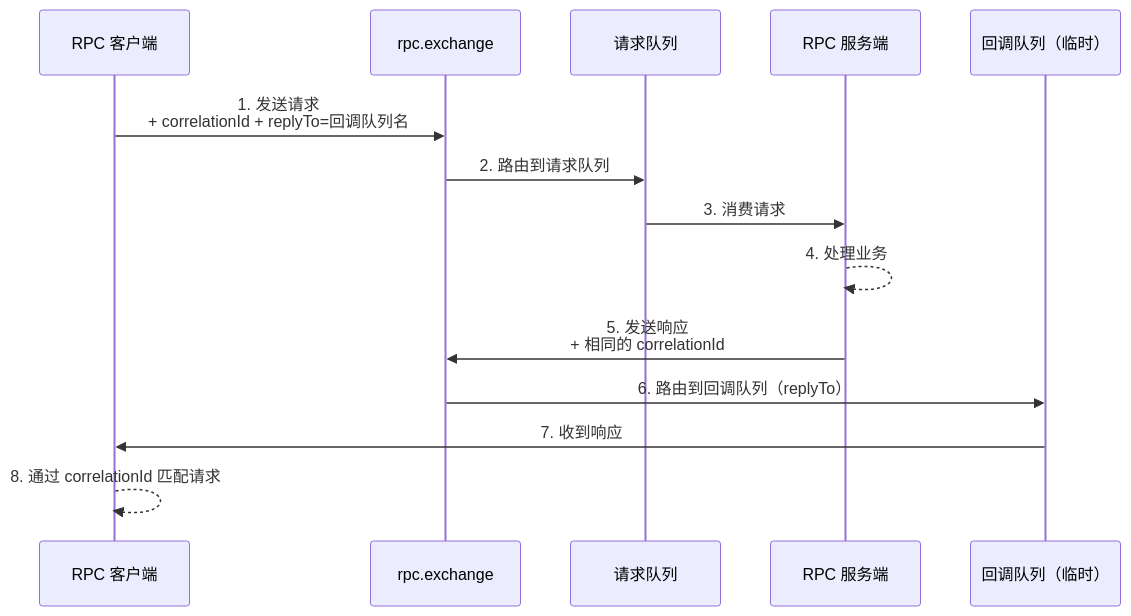
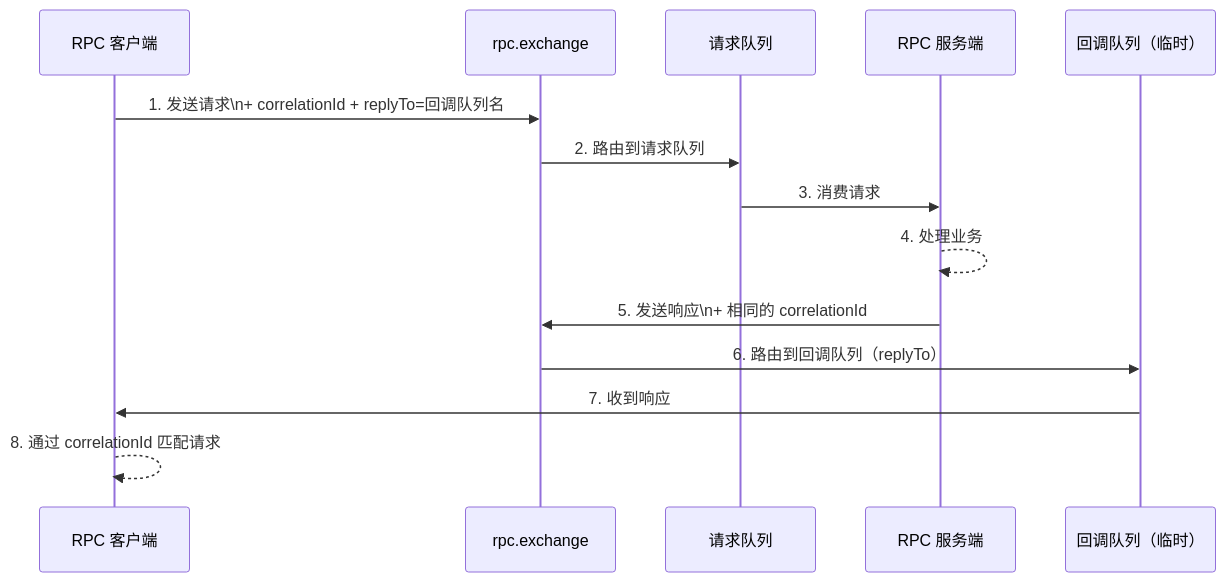
The second of 2 diagrams in content/posts/rabbitmq/DelayQueueAdvanced.md (yaocat55/yaocat55.github.io), drawn with Mermaid before and after one commit. The commit also changed other lines of this file and 155 other files, not shown here.

````diff
--- a/content/posts/rabbitmq/DelayQueueAdvanced.md
+++ b/content/posts/rabbitmq/DelayQueueAdvanced.md
@@ -453,17 +453,17 @@
 ```mermaid
 sequenceDiagram
     participant Client as RPC 客户端
     participant RPCEX as rpc.exchange
     participant RPCQ as 请求队列
     participant Server as RPC 服务端
     participant CBQ as 回调队列（临时）
 
-    Client->>RPCEX: 1. 发送请求<br/>+ correlationId + replyTo=回调队列名
+    Client->>RPCEX: 1. 发送请求\n+ correlationId + replyTo=回调队列名
     RPCEX->>RPCQ: 2. 路由到请求队列
     RPCQ->>Server: 3. 消费请求
     Server-->>Server: 4. 处理业务
-    Server->>RPCEX: 5. 发送响应<br/>+ 相同的 correlationId
+    Server->>RPCEX: 5. 发送响应\n+ 相同的 correlationId
     RPCEX->>CBQ: 6. 路由到回调队列（replyTo）
     CBQ->>Client: 7. 收到响应
     Client-->>Client: 8. 通过 correlationId 匹配请求
 ```
````
